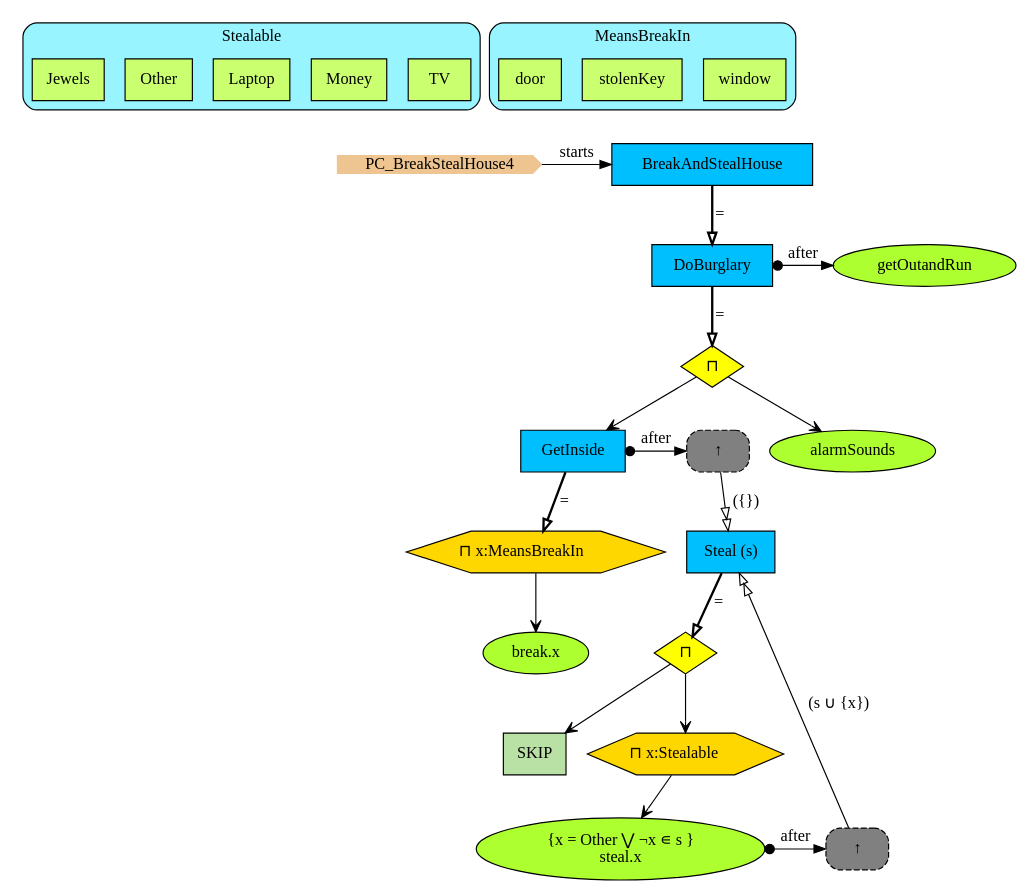
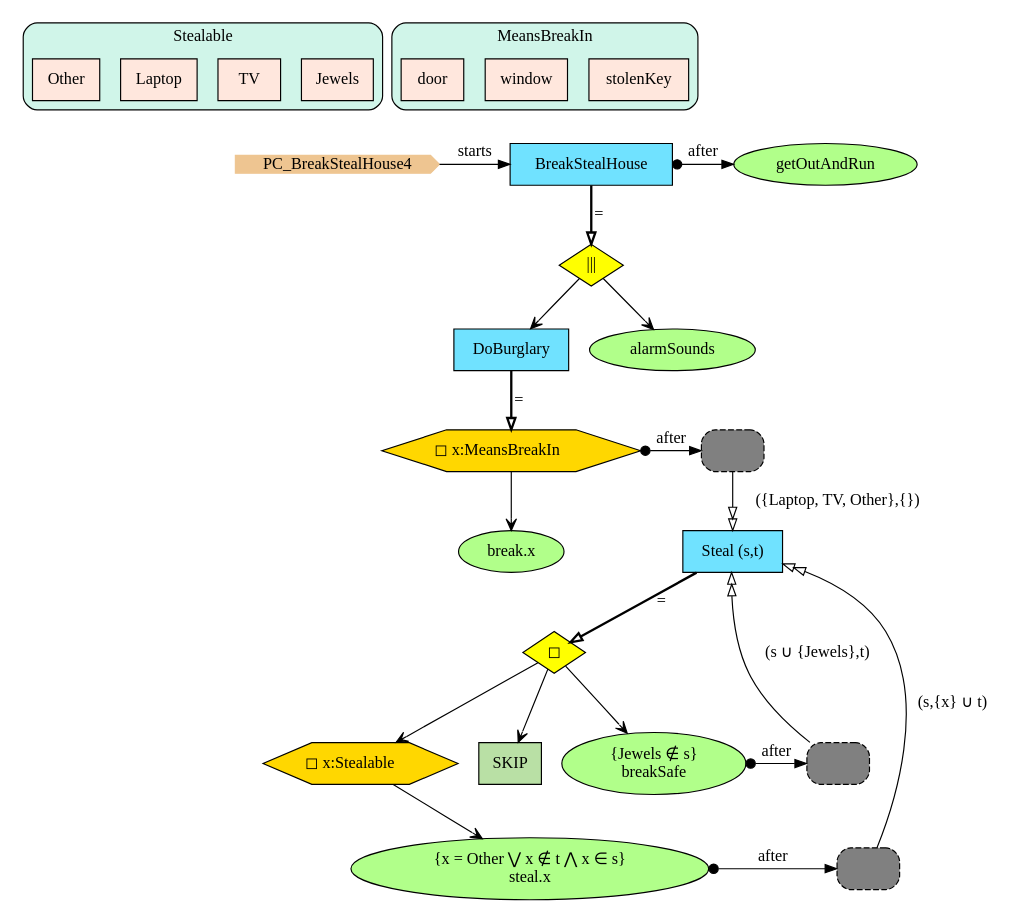
One commit to namalio/Fragmenta changed the diagram in Haskell/PCs/Examples/img/PC_BreakStealHouse4.gv. Above: the diagram before and after it, drawn with Graphviz. The commit also changed 9 other files, not shown here.

```diff
--- a/Haskell/PCs/Examples/img/PC_BreakStealHouse4.gv
+++ b/Haskell/PCs/Examples/img/PC_BreakStealHouse4.gv
@@ -1,63 +1,68 @@
 digraph {
 subgraph cluster_Stealable {
 style="filled,rounded";
 label =Stealable;
-fillcolor = cadetblue1;
-TV[shape=box,fillcolor=darkolivegreen1,style="filled",label="TV"];
-Money[shape=box,fillcolor=darkolivegreen1,style="filled",label="Money"];
-Laptop[shape=box,fillcolor=darkolivegreen1,style="filled",label="Laptop"];
-Other[shape=box,fillcolor=darkolivegreen1,style="filled",label="Other"];
-Jewels[shape=box,fillcolor=darkolivegreen1,style="filled",label="Jewels"];
+fillcolor = "#D0F5E9";
+Jewels[shape=box,fillcolor="#FFE7DD",style="filled",label="Jewels"];
+TV[shape=box,fillcolor="#FFE7DD",style="filled",label="TV"];
+Laptop[shape=box,fillcolor="#FFE7DD",style="filled",label="Laptop"];
+Other[shape=box,fillcolor="#FFE7DD",style="filled",label="Other"];
 }
 
 subgraph cluster_MeansBreakIn {
 style="filled,rounded";
 label =MeansBreakIn;
-fillcolor = cadetblue1;
-window[shape=box,fillcolor=darkolivegreen1,style="filled",label="window"];
-stolenKey[shape=box,fillcolor=darkolivegreen1,style="filled",label="stolenKey"];
-door[shape=box,fillcolor=darkolivegreen1,style="filled",label="door"];
+fillcolor = "#D0F5E9";
+stolenKey[shape=box,fillcolor="#FFE7DD",style="filled",label="stolenKey"];
+window[shape=box,fillcolor="#FFE7DD",style="filled",label="window"];
+door[shape=box,fillcolor="#FFE7DD",style="filled",label="door"];
 }
 
 
-TV->StartN_[style=invis]
+Jewels->StartN_[style=invis]
 StartN_ [shape = cds,color=burlywood2,style=filled,height=.2,width=.2, label =PC_BreakStealHouse4];
-BreakAndStealHouse [shape=box,fillcolor=deepskyblue,style = filled,label="BreakAndStealHouse "];
-DoBurglary [shape=box,fillcolor=deepskyblue,style = filled,label="DoBurglary "];
-GetInside [shape=box,fillcolor=deepskyblue,style = filled,label="GetInside "];
-break [shape=ellipse,fillcolor=greenyellow,style=filled,label="break.x"];
-Steal [shape=box,fillcolor=deepskyblue,style = filled,label="Steal (s)"];
-SKIP [shape=box,fillcolor="#B9E0A5",style = filled,label="SKIP"];
-steal [shape=ellipse,fillcolor=greenyellow,style=filled,label=" {x = Other ⋁ ¬x ∊ s }
+
+BreakStealHouse [shape=box,fillcolor="#70E2FF",style = filled,label="BreakStealHouse"];
+Op6ff1b8dc [shape=diamond,fillcolor=yellow,style=filled,label="|||"];
+DoBurglary [shape=box,fillcolor="#70E2FF",style = filled,label="DoBurglary"];
+break [shape=ellipse,fillcolor="#B1FF8A",style=filled,label="break.x"];
+Steal [shape=box,fillcolor="#70E2FF",style = filled,label="Steal (s,t)"];
+Skipe8cc2e8 [shape=box,fillcolor="#B9E0A5",style = filled,label="SKIP"];
+steal [shape=ellipse,fillcolor="#B1FF8A",style=filled,label=" {x = Other ⋁ x ∉ t ⋀ x ∈ s}
 steal.x"];
-getOutandRun [shape=ellipse,fillcolor=greenyellow,style=filled,label="getOutandRun"];
-RefSteal2 [shape=rectangle,fillcolor=gray,style="rounded,filled,dashed",label="↑ "];
-QStealO [shape=hexagon,fillcolor=gold1,style=filled,label=<⊓ x:Stealable>];
-OpSteal [shape=diamond,fillcolor=yellow,style=filled,label="⊓"];
-RefSteal [shape=rectangle,fillcolor=gray,style="rounded,filled,dashed",label="↑ "];
-QOpGetInside [shape=hexagon,fillcolor=gold1,style=filled,label=<⊓ x:MeansBreakIn>];
-alarmSounds [shape=ellipse,fillcolor=greenyellow,style=filled,label="alarmSounds"];
-OpDoBurglary [shape=diamond,fillcolor=yellow,style=filled,label="⊓"];
+breakSafe [shape=ellipse,fillcolor="#B1FF8A",style=filled,label=" {Jewels ∉ s}
+breakSafe"];
+RefSteal1aa16132 [shape=rectangle,fillcolor=gray,style="rounded,filled,dashed",label=""];
+RefSteal3d9d761 [shape=rectangle,fillcolor=gray,style="rounded,filled,dashed",label=""];
+Q4c9aaf7f [shape=hexagon,fillcolor=gold1,style=filled,label=<◻︎ x:Stealable>];
+Op66353861 [shape=diamond,fillcolor=yellow,style=filled,label="◻︎"];
+RefSteal1bee77f8 [shape=rectangle,fillcolor=gray,style="rounded,filled,dashed",label=""];
+Q79bb074b [shape=hexagon,fillcolor=gold1,style=filled,label=<◻︎ x:MeansBreakIn>];
+alarmSounds [shape=ellipse,fillcolor="#B1FF8A",style=filled,label="alarmSounds"];
+getOutAndRun [shape=ellipse,fillcolor="#B1FF8A",style=filled,label="getOutAndRun"];
 
-{rank=same;getOutandRun,DoBurglary}
-{rank=same;RefSteal,GetInside}
-{rank=same;RefSteal2,steal}
-{rank=same;BreakAndStealHouse,StartN_}
+{rank=same;RefSteal1bee77f8,Q79bb074b}
+{rank=same;getOutAndRun,BreakStealHouse}
+{rank=same;RefSteal3d9d761,steal}
+{rank=same;RefSteal1aa16132,breakSafe}
+{rank=same;BreakStealHouse,StartN_}
 
-DoBurglary->getOutandRun[arrowtail=dot,dir=both,label="after"];
-RefSteal2->Steal[arrowhead="normalnormal",fillcolor=white,label=" (s ∪ {x})"];
-GetInside->RefSteal[arrowtail=dot,dir=both,label="after"];
-OpSteal->QStealO[arrowhead="open"];
-QOpGetInside->break[arrowhead="open"];
-OpDoBurglary->alarmSounds[arrowhead="open"];
-OpDoBurglary->GetInside[arrowhead="open"];
-RefSteal->Steal[arrowhead="normalnormal",fillcolor=white,label=" ({})"];
-OpSteal->SKIP[arrowhead="open"];
-QStealO->steal[arrowhead="open"];
-steal->RefSteal2[arrowtail=dot,dir=both,label="after"];
-BreakAndStealHouse->DoBurglary[arrowhead="onormal",penwidth=2,label="="];
-DoBurglary->OpDoBurglary[arrowhead="onormal",penwidth=2,label="="];
-GetInside->QOpGetInside[arrowhead="onormal",penwidth=2,label="="];
-Steal->OpSteal[arrowhead="onormal",penwidth=2,label="="];
-StartN_->BreakAndStealHouse[label="starts"];
+RefSteal1aa16132->Steal[arrowhead="normalnormal",fillcolor=white,label=" (s ∪ {Jewels},t)"];
+RefSteal3d9d761->Steal[arrowhead="normalnormal",fillcolor=white,label=" (s,{x} ∪ t)"];
+Q4c9aaf7f->steal[arrowhead="open"];
+Op66353861->Q4c9aaf7f[arrowhead="open"];
+RefSteal1bee77f8->Steal[arrowhead="normalnormal",fillcolor=white,label=" ({Laptop, TV, Other},{})"];
+Q79bb074b->RefSteal1bee77f8[arrowtail=dot,dir=both,label="after"];
+Op6ff1b8dc->alarmSounds[arrowhead="open"];
+BreakStealHouse->getOutAndRun[arrowtail=dot,dir=both,label="after"];
+Op6ff1b8dc->DoBurglary[arrowhead="open"];
+Q79bb074b->break[arrowhead="open"];
+Op66353861->Skipe8cc2e8[arrowhead="open"];
+Op66353861->breakSafe[arrowhead="open"];
+steal->RefSteal3d9d761[arrowtail=dot,dir=both,label="after"];
+breakSafe->RefSteal1aa16132[arrowtail=dot,dir=both,label="after"];
+BreakStealHouse->Op6ff1b8dc[arrowhead="onormal",penwidth=2,label="="];
+DoBurglary->Q79bb074b[arrowhead="onormal",penwidth=2,label="="];
+Steal->Op66353861[arrowhead="onormal",penwidth=2,label="="];
+StartN_->BreakStealHouse[label="starts"];
 }
```
